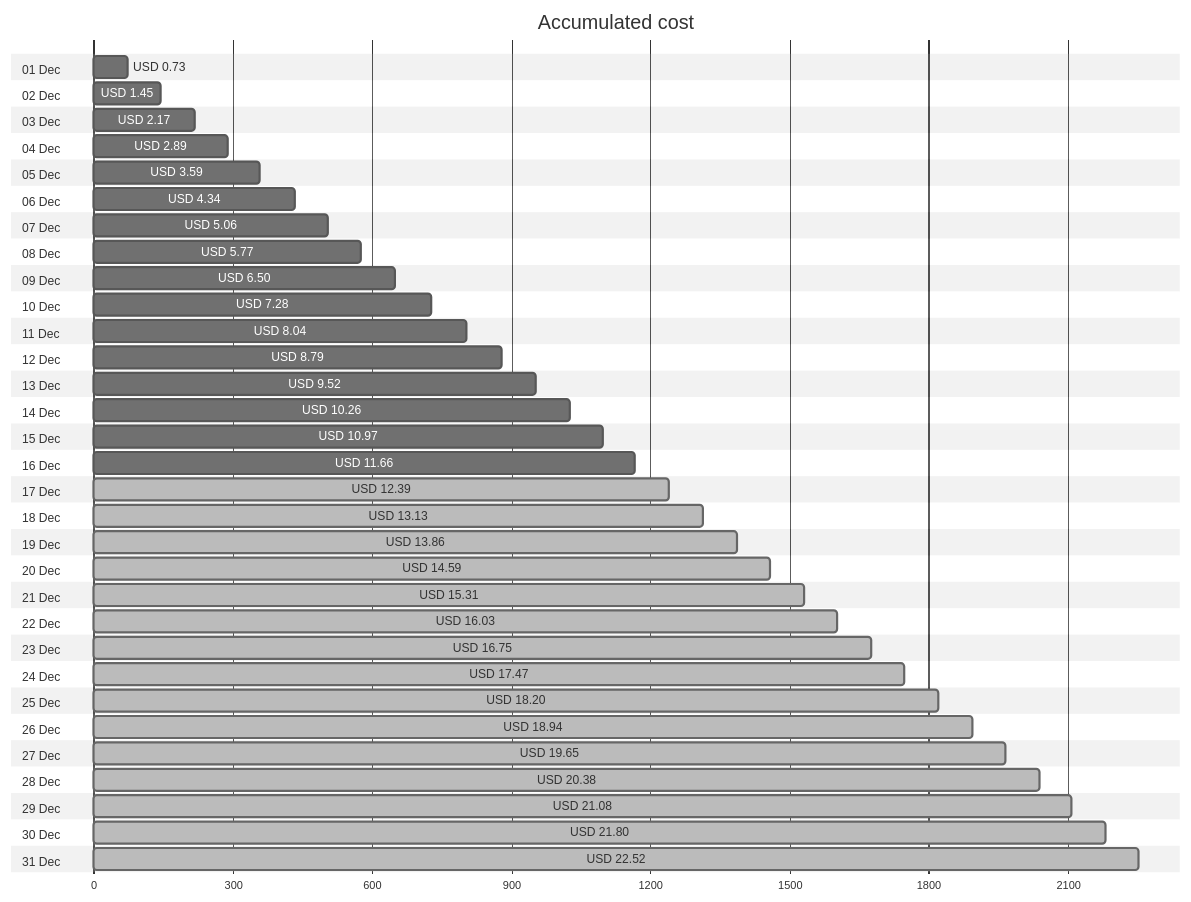
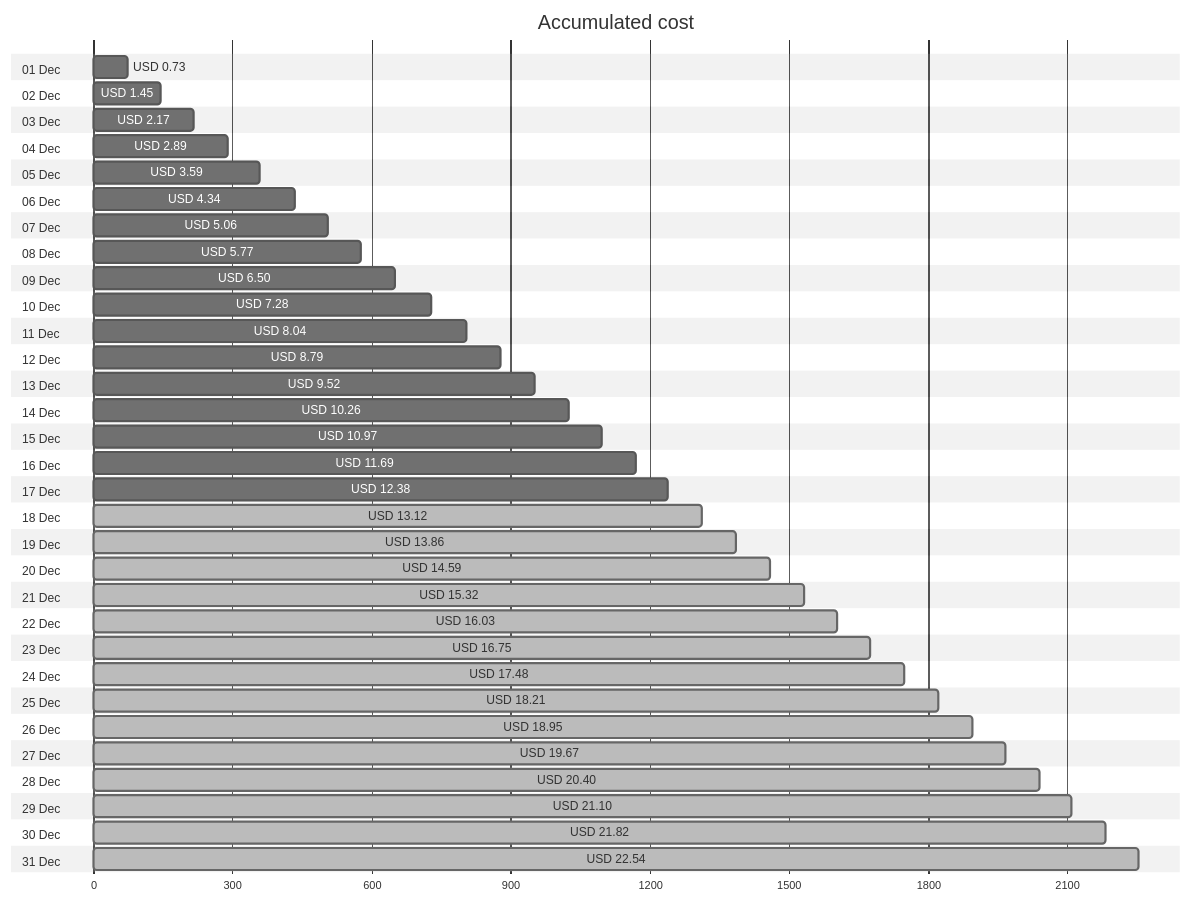
The first of 4 diagrams in cost-reports/personal-network/backup-server-data-disk.md (jpfulton/azure-personal-reports), drawn with Mermaid (neutral theme) before and after one commit. The commit also changed other lines of this file and 8 other files, not shown here.

````diff
--- a/cost-reports/personal-network/backup-server-data-disk.md
+++ b/cost-reports/personal-network/backup-server-data-disk.md
@@ -20,68 +20,68 @@
 ```mermaid
 gantt
    title Accumulated cost
    dateFormat  X
    axisFormat %s
    section 01 Dec
    USD 0.73 :0, 73
    section 02 Dec
    USD 1.45 :0, 145
    section 03 Dec
    USD 2.17 :0, 217
    section 04 Dec
    USD 2.89 :0, 289
    section 05 Dec
    USD 3.59 :0, 359
    section 06 Dec
    USD 4.34 :0, 434
    section 07 Dec
    USD 5.06 :0, 506
    section 08 Dec
    USD 5.77 :0, 577
    section 09 Dec
    USD 6.50 :0, 650
    section 10 Dec
    USD 7.28 :0, 728
    section 11 Dec
    USD 8.04 :0, 804
    section 12 Dec
    USD 8.79 :0, 879
    section 13 Dec
    USD 9.52 :0, 952
    section 14 Dec
    USD 10.26 :0, 1026
    section 15 Dec
    USD 10.97 :0, 1097
    section 16 Dec
-   USD 11.66 :0, 1166
+   USD 11.69 :0, 1169
    section 17 Dec
-   USD 12.39 : done, 0, 1239
+   USD 12.38 :0, 1238
    section 18 Dec
-   USD 13.13 : done, 0, 1313
+   USD 13.12 : done, 0, 1312
    section 19 Dec
    USD 13.86 : done, 0, 1386
    section 20 Dec
    USD 14.59 : done, 0, 1459
    section 21 Dec
-   USD 15.31 : done, 0, 1531
+   USD 15.32 : done, 0, 1532
    section 22 Dec
    USD 16.03 : done, 0, 1603
    section 23 Dec
    USD 16.75 : done, 0, 1675
    section 24 Dec
-   USD 17.47 : done, 0, 1747
+   USD 17.48 : done, 0, 1748
    section 25 Dec
-   USD 18.20 : done, 0, 1820
+   USD 18.21 : done, 0, 1821
    section 26 Dec
-   USD 18.94 : done, 0, 1894
+   USD 18.95 : done, 0, 1895
    section 27 Dec
-   USD 19.65 : done, 0, 1965
+   USD 19.67 : done, 0, 1967
    section 28 Dec
-   USD 20.38 : done, 0, 2038
+   USD 20.40 : done, 0, 2040
    section 29 Dec
-   USD 21.08 : done, 0, 2108
+   USD 21.10 : done, 0, 2110
    section 30 Dec
-   USD 21.80 : done, 0, 2180
+   USD 21.82 : done, 0, 2182
    section 31 Dec
-   USD 22.52 : done, 0, 2252
+   USD 22.54 : done, 0, 2254
 ```
````
